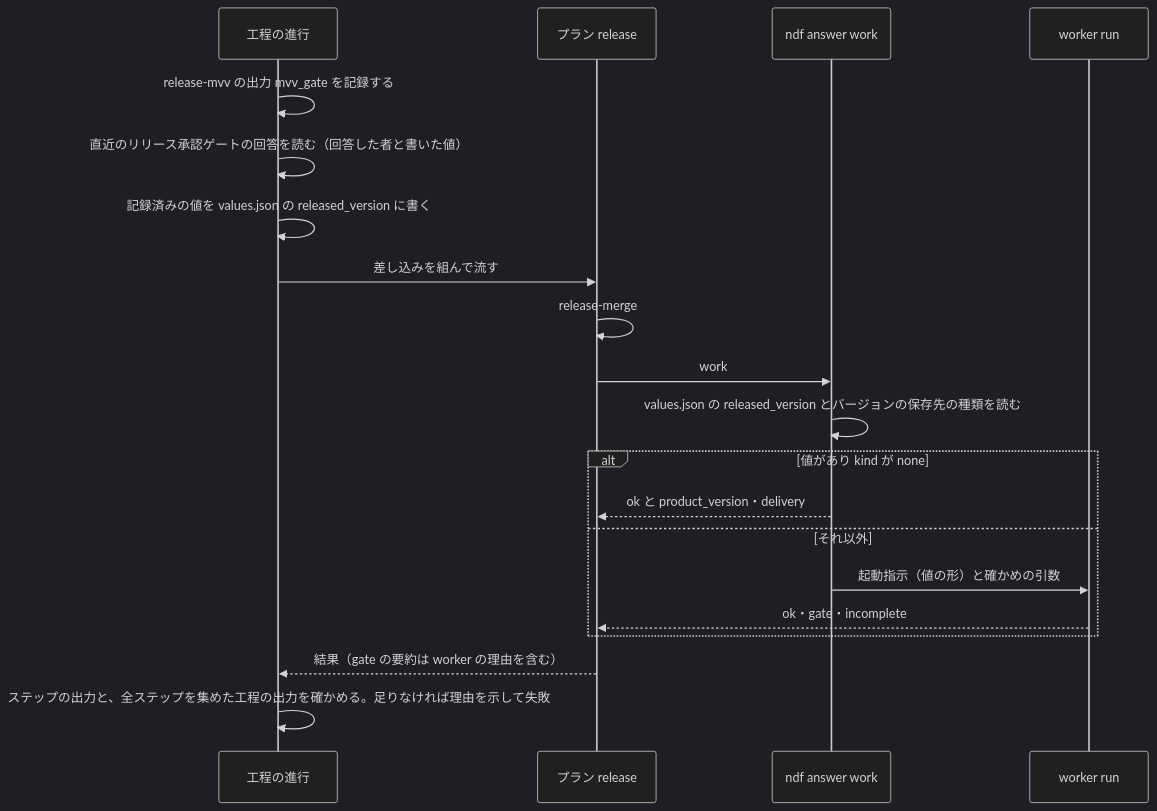
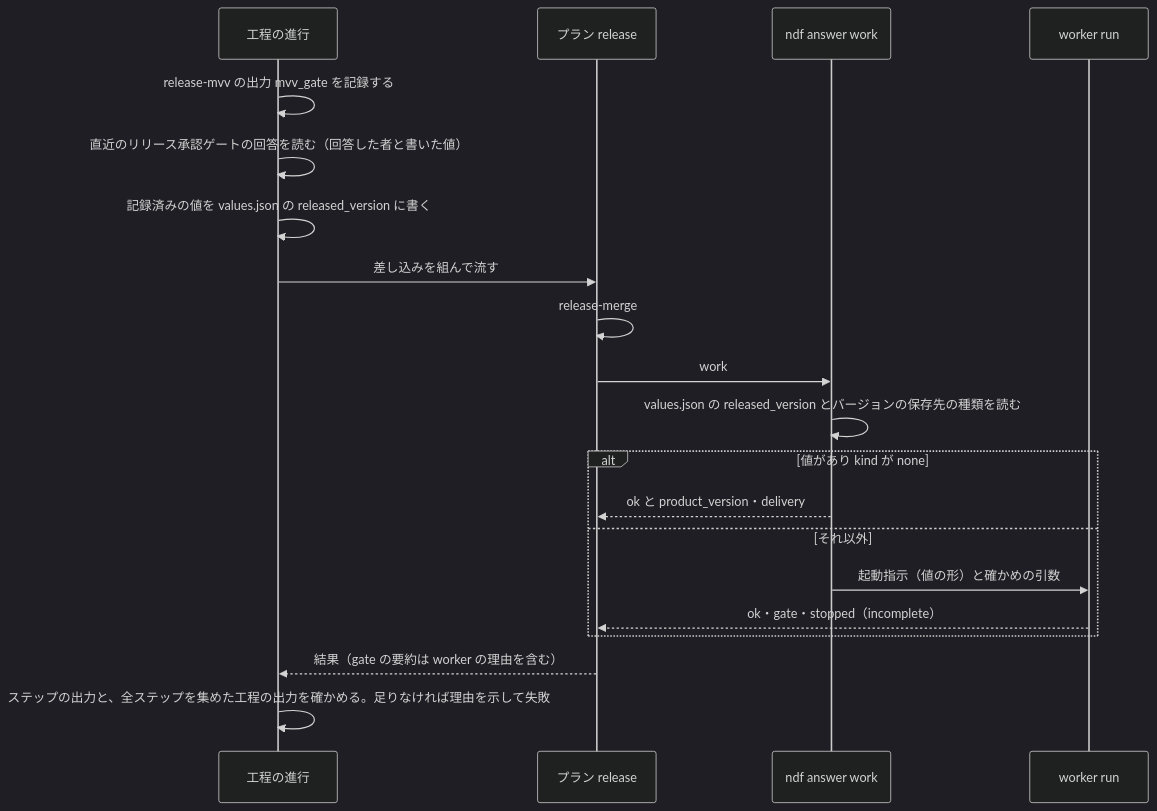
The third of 3 diagrams in issues/issue-4513-design.md (devbasex/ai-plugins), drawn with Mermaid (dark theme) before and after one commit. The commit also changed other lines of this file and 3 other files, not shown here.

````diff
--- a/issues/issue-4513-design.md
+++ b/issues/issue-4513-design.md
@@ -149,22 +146,22 @@
 ```mermaid
 sequenceDiagram
   participant P as 工程の進行
   participant T as プラン release
   participant E as ndf answer work
   participant W as worker run
   P->>P: release-mvv の出力 mvv_gate を記録する
   P->>P: 直近のリリース承認ゲートの回答を読む（回答した者と書いた値）
   P->>P: 記録済みの値を values.json の released_version に書く
   P->>T: 差し込みを組んで流す
   T->>T: release-merge
   T->>E: work
   E->>E: values.json の released_version とバージョンの保存先の種類を読む
   alt 値があり kind が none
     E-->>T: ok と product_version・delivery
   else それ以外
     E->>W: 起動指示（値の形）と確かめの引数
-    W-->>T: ok・gate・incomplete
+    W-->>T: ok・gate・stopped（incomplete）
   end
   T-->>P: 結果（gate の要約は worker の理由を含む）
   P->>P: ステップの出力と、全ステップを集めた工程の出力を確かめる。足りなければ理由を示して失敗
 ```
````
